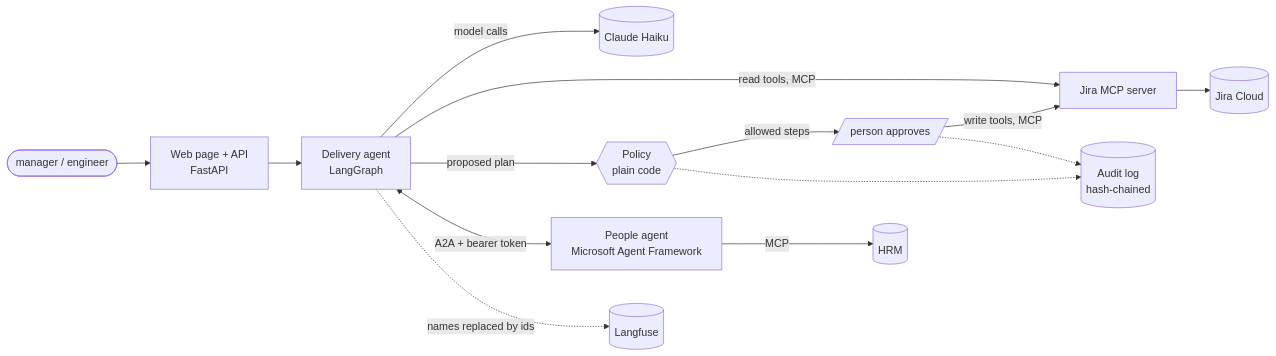
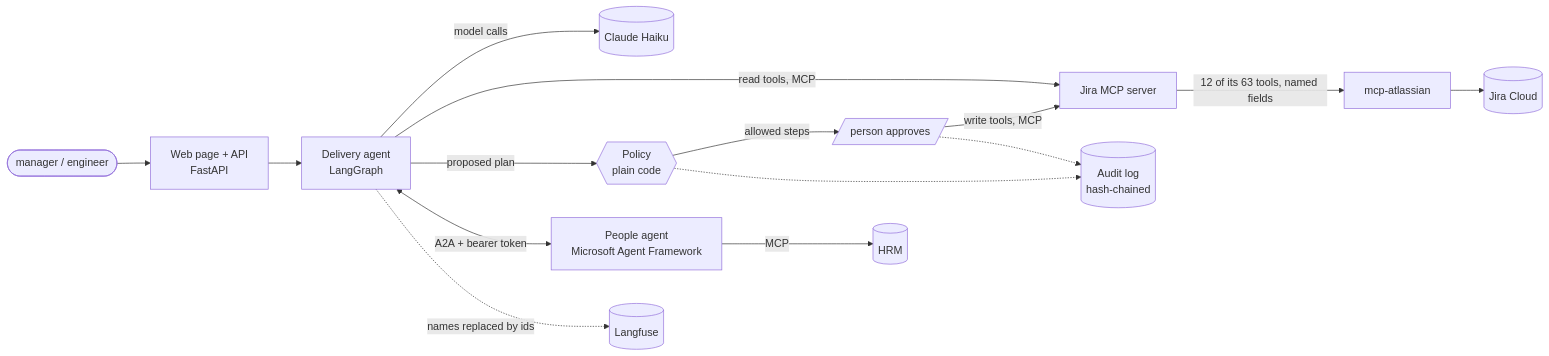
The diagram in README.md (kyrylo-papuk/teamlens), drawn with Mermaid before and after one commit. The commit also changed other lines of this file and 11 other files, not shown here.

First line of the commit message:
Jira through mcp-atlassian, narrowed at every step

````diff
--- a/README.md
+++ b/README.md
@@ -66,16 +108,17 @@
 ```mermaid
 flowchart LR
     user([manager / engineer]) --> web[Web page + API<br/>FastAPI]
     web --> agent[Delivery agent<br/>LangGraph]
     agent -->|model calls| claude[(Claude Haiku)]
     agent -->|read tools, MCP| jira_mcp[Jira MCP server]
     agent -->|proposed plan| policy{{Policy<br/>plain code}}
     policy -->|allowed steps| approve[/person approves/]
     approve -->|write tools, MCP| jira_mcp
-    jira_mcp --> jira[(Jira Cloud)]
+    jira_mcp -->|12 of its 63 tools, named fields| atlassian[mcp-atlassian]
+    atlassian --> jira[(Jira Cloud)]
     agent <-->|A2A + bearer token| people[People agent<br/>Microsoft Agent Framework]
     people -->|MCP| hrm[(HRM)]
     policy -.-> audit[(Audit log<br/>hash-chained)]
     approve -.-> audit
     agent -.->|names replaced by ids| langfuse[(Langfuse)]
 ```
````
